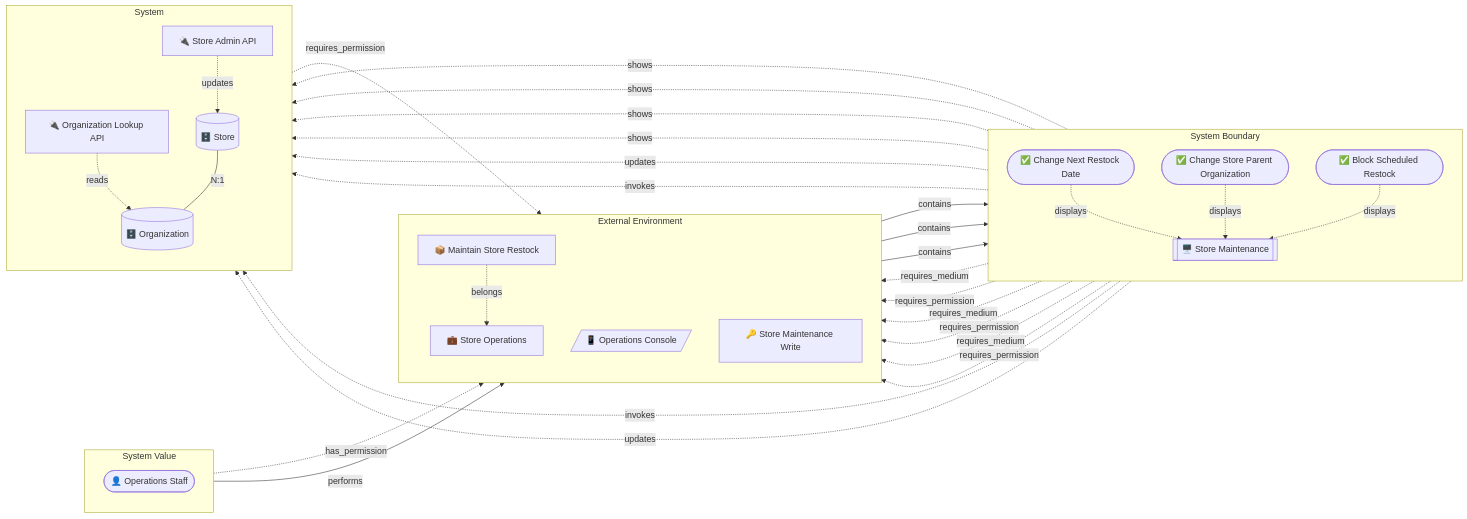
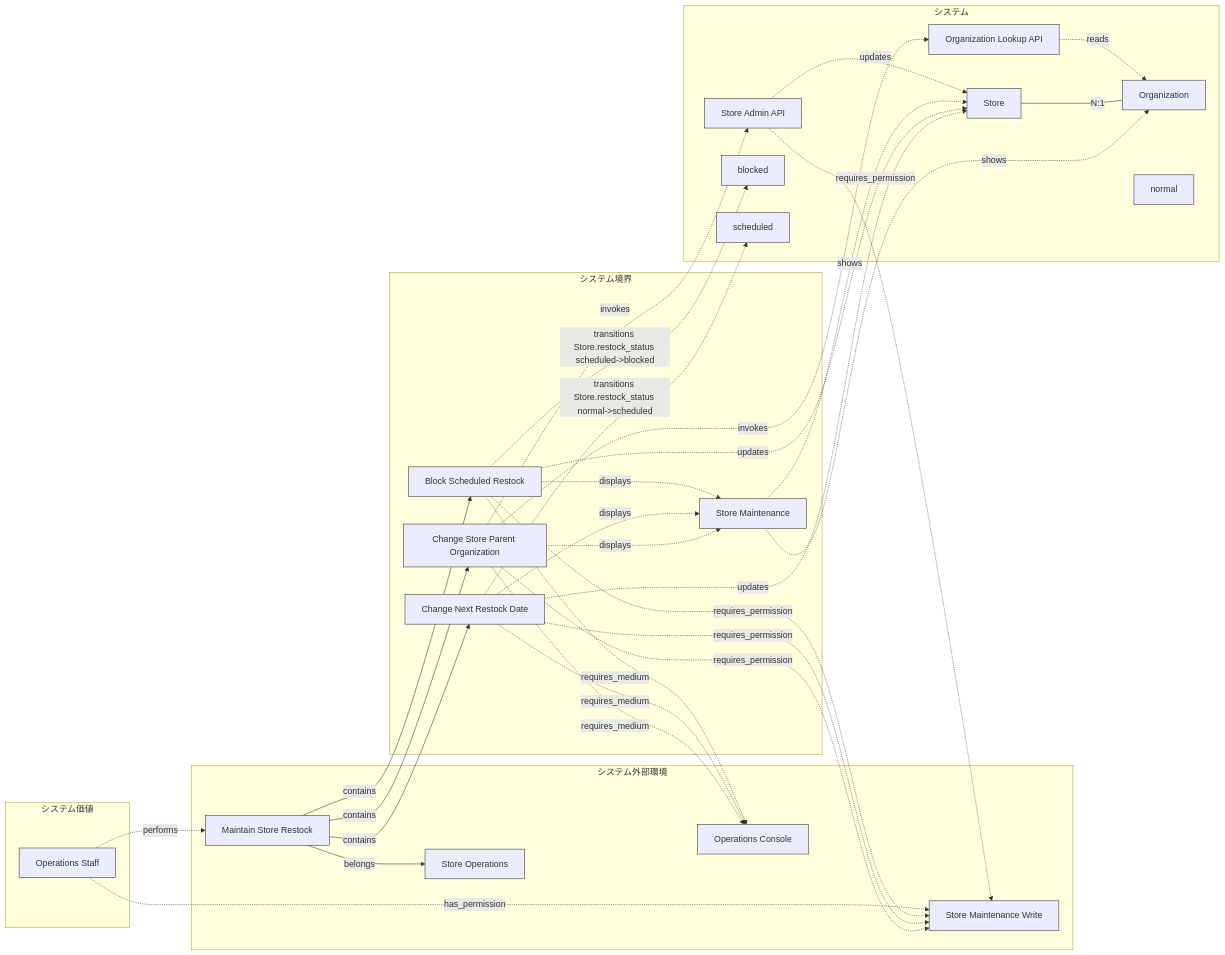
One commit to manji-0/rdra-ish-dsl changed the diagram in samples/incremental-order/step-5-lifecycle/out/object_graph_buc_store_restock.mmd. Above: the diagram before and after it, drawn with Mermaid. The commit also changed 12 other files, not shown here.

First line of the commit message:
docs(samples): refresh the incremental-order step diagrams to the encoding contract

```diff
--- a/samples/incremental-order/step-5-lifecycle/out/object_graph_buc_store_restock.mmd
+++ b/samples/incremental-order/step-5-lifecycle/out/object_graph_buc_store_restock.mmd
@@ -1,53 +1,68 @@
+%% rdra-ish diagram=rdra scope=buc:BucStoreRestock model=samples/incremental-order/step-5-lifecycle/src
+%% layers: value=システム価値 environment=システム外部環境 boundary=システム境界 system=システム
+%% kinds: actor business buc medium permission usecase screen api entity state
+%% omitted: (none)
 flowchart LR
-  subgraph layer_value[System Value]
-    direction TB
-    OpsStaff(["👤 Operations Staff"])
+  subgraph layer_value["システム価値"]
+    actor__OpsStaff["Operations Staff"]:::actor
   end
-  subgraph layer_environment[External Environment]
-    direction TB
-    StoreOperations["💼 Store Operations"]
-    BucStoreRestock["📦 Maintain Store Restock"]
-    OpsConsole[/"📱 Operations Console"/]
-    StoreMaintenanceWrite["🔑 Store Maintenance Write"]
+  subgraph layer_environment["システム外部環境"]
+    business__StoreOperations["Store Operations"]:::business
+    %% desc business__StoreOperations: Store operations owns restock planning and store master maintenance.
+    buc__BucStoreRestock["Maintain Store Restock"]:::buc
+    %% desc buc__BucStoreRestock: Keep restock dates and store organization assignments operationally correct.
+    medium__OpsConsole["Operations Console"]:::medium
+    permission__StoreMaintenanceWrite["Store Maintenance Write"]:::permission
   end
-  subgraph layer_boundary[System Boundary]
-    direction TB
-    BlockScheduledRestock(["✅ Block Scheduled Restock"])
-    ChangeNextRestockDate(["✅ Change Next Restock Date"])
-    ChangeStoreParentOrganization(["✅ Change Store Parent Organization"])
-    StoreMaintenanceScreen[["🖥️ Store Maintenance"]]
+  subgraph layer_boundary["システム境界"]
+    usecase__BlockScheduledRestock["Block Scheduled Restock"]:::usecase
+    usecase__ChangeNextRestockDate["Change Next Restock Date"]:::usecase
+    usecase__ChangeStoreParentOrganization["Change Store Parent Organization"]:::usecase
+    screen__StoreMaintenanceScreen["Store Maintenance"]:::screen
   end
-  subgraph layer_system[System]
-    direction TB
-    OrganizationLookupApi["🔌 Organization Lookup API"]
-    StoreAdminApi["🔌 Store Admin API"]
-    Organization[("🗄️ Organization")]
-    Store[("🗄️ Store")]
+  subgraph layer_system["システム"]
+    api__OrganizationLookupApi["Organization Lookup API"]:::api
+    api__StoreAdminApi["Store Admin API"]:::api
+    entity__Organization["Organization"]:::entity
+    entity__Store["Store"]:::entity
+    state__Store_blocked["blocked"]:::state
+    state__Store_normal["normal"]:::state
+    state__Store_scheduled["scheduled"]:::state
   end
-  OpsStaff -.->|has_permission| StoreMaintenanceWrite
-  OpsStaff -->|performs| BucStoreRestock
-  StoreAdminApi -.->|requires_permission| StoreMaintenanceWrite
-  StoreAdminApi -.->|updates| Store
-  OrganizationLookupApi -.->|reads| Organization
-  BucStoreRestock -.->|belongs| StoreOperations
-  BucStoreRestock -->|contains| ChangeNextRestockDate
-  BucStoreRestock -->|contains| ChangeStoreParentOrganization
-  BucStoreRestock -->|contains| BlockScheduledRestock
-  Store ---|N:1| Organization
-  StoreMaintenanceScreen -.->|shows| Store
-  StoreMaintenanceScreen -.->|shows| Store
-  StoreMaintenanceScreen -.->|shows| Store
-  StoreMaintenanceScreen -.->|shows| Organization
-  ChangeNextRestockDate -.->|displays| StoreMaintenanceScreen
-  ChangeNextRestockDate -.->|requires_medium| OpsConsole
-  ChangeNextRestockDate -.->|requires_permission| StoreMaintenanceWrite
-  ChangeNextRestockDate -.->|updates| Store
-  ChangeStoreParentOrganization -.->|displays| StoreMaintenanceScreen
-  ChangeStoreParentOrganization -.->|invokes| StoreAdminApi
-  ChangeStoreParentOrganization -.->|invokes| OrganizationLookupApi
-  ChangeStoreParentOrganization -.->|requires_medium| OpsConsole
-  ChangeStoreParentOrganization -.->|requires_permission| StoreMaintenanceWrite
-  BlockScheduledRestock -.->|displays| StoreMaintenanceScreen
-  BlockScheduledRestock -.->|requires_medium| OpsConsole
-  BlockScheduledRestock -.->|requires_permission| StoreMaintenanceWrite
-  BlockScheduledRestock -.->|updates| Store
+  actor__OpsStaff -.->|has_permission| permission__StoreMaintenanceWrite
+  actor__OpsStaff -.->|performs| buc__BucStoreRestock
+  api__OrganizationLookupApi -.->|reads| entity__Organization
+  api__StoreAdminApi -.->|requires_permission| permission__StoreMaintenanceWrite
+  api__StoreAdminApi -.->|updates| entity__Store
+  buc__BucStoreRestock -->|belongs| business__StoreOperations
+  buc__BucStoreRestock -->|contains| usecase__BlockScheduledRestock
+  buc__BucStoreRestock -->|contains| usecase__ChangeNextRestockDate
+  buc__BucStoreRestock -->|contains| usecase__ChangeStoreParentOrganization
+  entity__Store ---|N:1| entity__Organization
+  screen__StoreMaintenanceScreen -.->|shows| entity__Organization
+  screen__StoreMaintenanceScreen -.->|shows| entity__Store
+  usecase__BlockScheduledRestock -.->|displays| screen__StoreMaintenanceScreen
+  usecase__BlockScheduledRestock -.->|requires_medium| medium__OpsConsole
+  usecase__BlockScheduledRestock -.->|requires_permission| permission__StoreMaintenanceWrite
+  usecase__BlockScheduledRestock -.->|transitions Store.restock_status scheduled->blocked| state__Store_blocked
+  usecase__BlockScheduledRestock -.->|updates| entity__Store
+  usecase__ChangeNextRestockDate -.->|displays| screen__StoreMaintenanceScreen
+  usecase__ChangeNextRestockDate -.->|requires_medium| medium__OpsConsole
+  usecase__ChangeNextRestockDate -.->|requires_permission| permission__StoreMaintenanceWrite
+  usecase__ChangeNextRestockDate -.->|transitions Store.restock_status normal->scheduled| state__Store_scheduled
+  usecase__ChangeNextRestockDate -.->|updates| entity__Store
+  usecase__ChangeStoreParentOrganization -.->|displays| screen__StoreMaintenanceScreen
+  usecase__ChangeStoreParentOrganization -.->|invokes| api__OrganizationLookupApi
+  usecase__ChangeStoreParentOrganization -.->|invokes| api__StoreAdminApi
+  usecase__ChangeStoreParentOrganization -.->|requires_medium| medium__OpsConsole
+  usecase__ChangeStoreParentOrganization -.->|requires_permission| permission__StoreMaintenanceWrite
+  classDef actor stroke:#333;
+  classDef business stroke:#333;
+  classDef buc stroke:#333;
+  classDef medium stroke:#333;
+  classDef permission stroke:#333;
+  classDef usecase stroke:#333;
+  classDef screen stroke:#333;
+  classDef api stroke:#333;
+  classDef entity stroke:#333;
+  classDef state stroke:#333;
```
